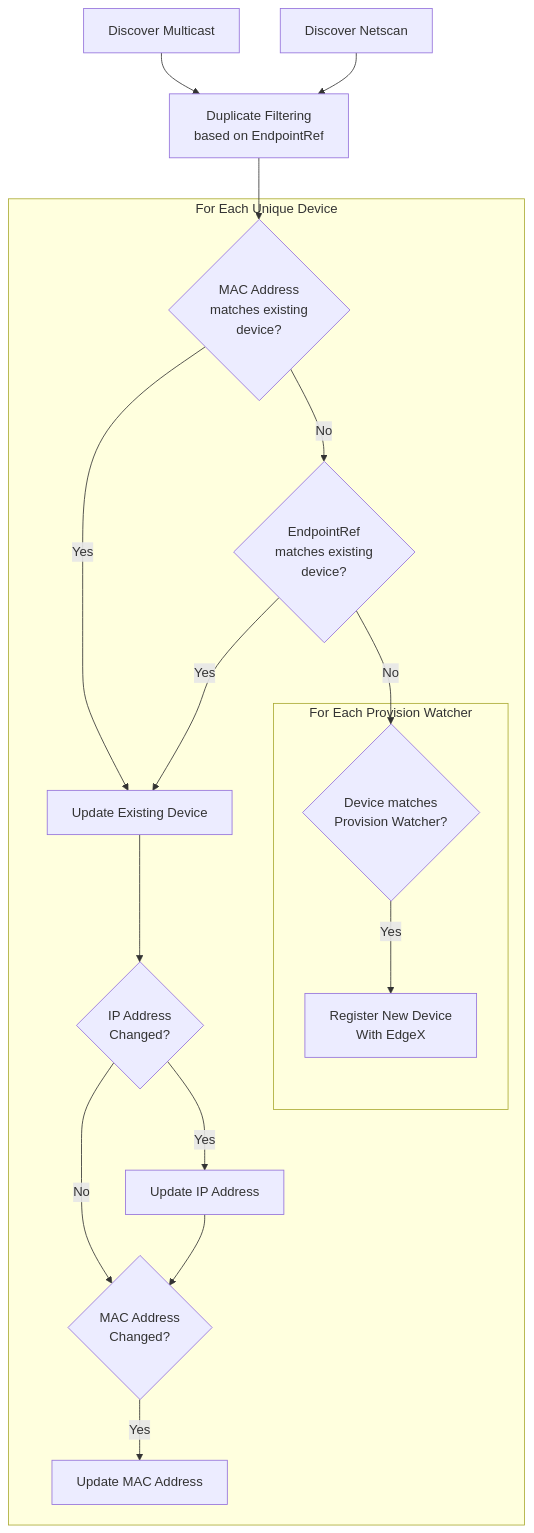
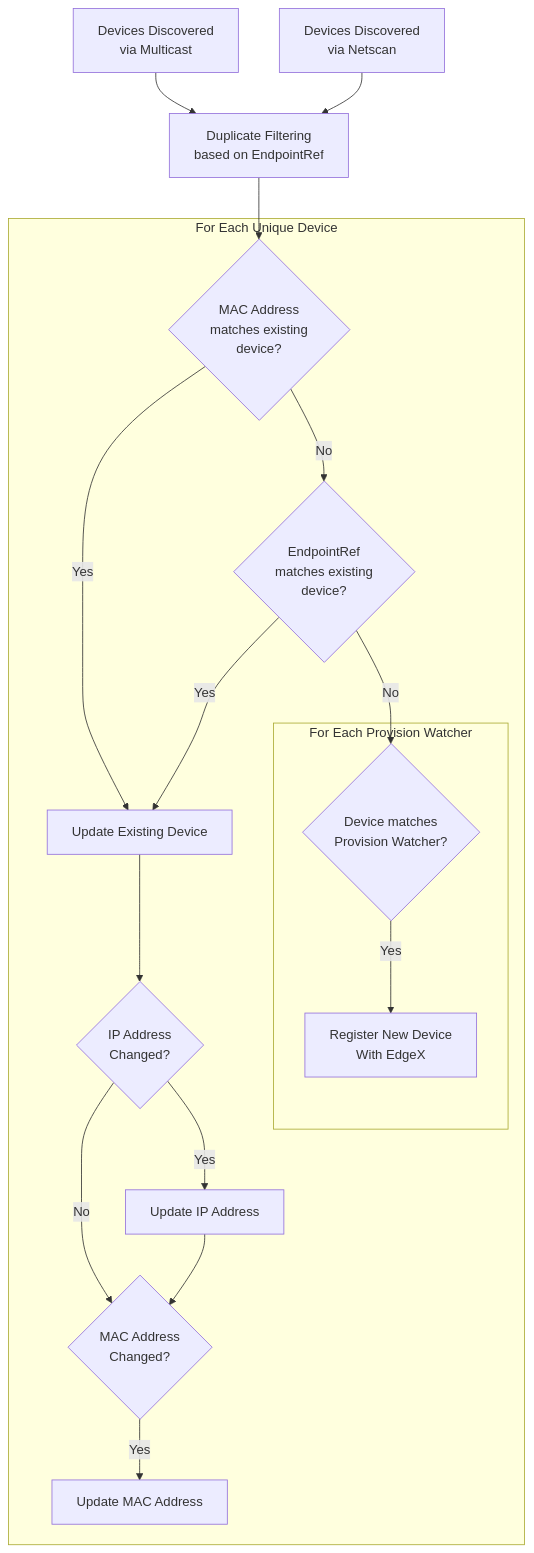
Before and after one commit to edgexfoundry/device-onvif-camera: the second of 2 diagrams in doc/auto-discovery.md, drawn with Mermaid. The commit also changed 1 other file, not shown here.

Commit message:
docs: address PR comments

````diff
--- a/doc/auto-discovery.md
+++ b/doc/auto-discovery.md
@@ -148,37 +148,37 @@
 ```mermaid
 %% Note: The node and edge definitions are split up to make it easier to adjust the
 %% links between the various nodes.
 graph TD;
     %% -------- Node Definitions -------- %%
-    Multicast[Discover Multicast]
-    Netscan[Discover Netscan]
+    Multicast[Devices Discovered<br/>via Multicast]
+    Netscan[Devices Discovered<br/>via Netscan]
     DupeFilter[Duplicate Filtering<br/>based on EndpointRef]    
     MACMatches{MAC Address<br/>matches existing<br/>device?}
     RefMatches{EndpointRef<br/>matches existing<br/>device?}
     UpdateDevice[Update Existing Device]
     IPChanged{IP Address<br/>Changed?}
     MACChanged{MAC Address<br/>Changed?}
     UpdateIP[Update IP Address]
     UpdateMAC[Update MAC Address]
     RegisterDevice[Register New Device<br/>With EdgeX]
     PWMatches{Device matches<br/>Provision Watcher?}
     
     %% -------- Graph Definitions -------- %%
     Multicast --> DupeFilter
     Netscan --> DupeFilter
     DupeFilter --> MACMatches
     subgraph For Each Unique Device
         MACMatches -- Yes --> UpdateDevice
         MACMatches -- No --> RefMatches
         RefMatches -- Yes --> UpdateDevice
         RefMatches -- No --> PWMatches
         UpdateDevice --> IPChanged
         IPChanged -- No --> MACChanged
         IPChanged -- Yes --> UpdateIP
         UpdateIP --> MACChanged
         MACChanged -- Yes --> UpdateMAC
         subgraph For Each Provision Watcher
             PWMatches -- Yes --> RegisterDevice
         end
     end
 ```
````
